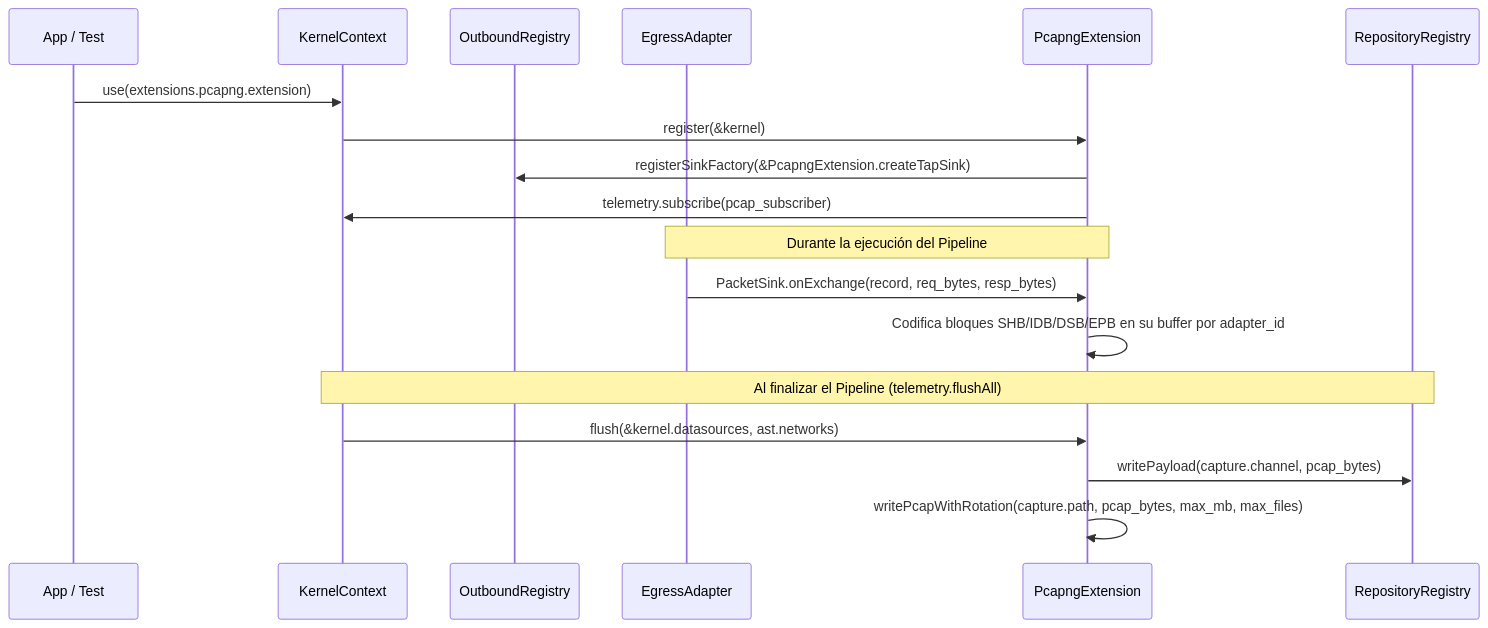
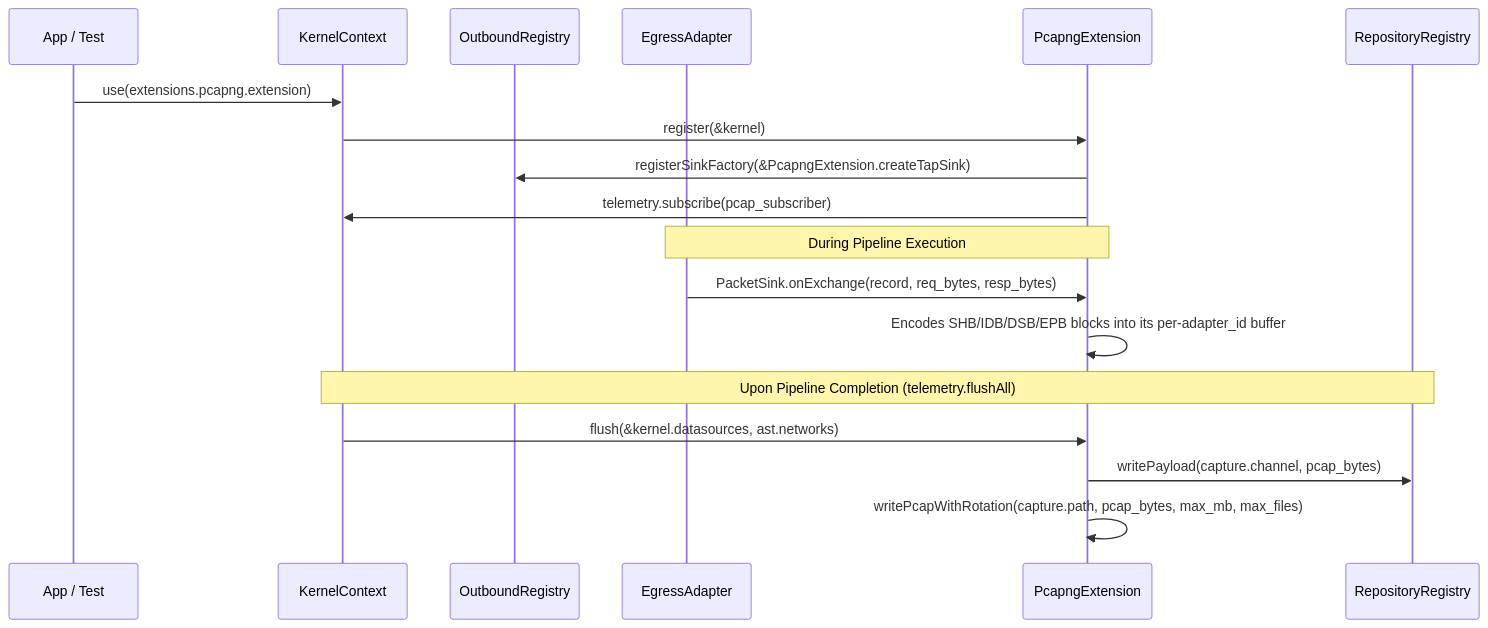
The second of 3 diagrams in docs/development/003-core-debloating-and-pcapng-extraction.md (g-gar/vidsec), drawn with Mermaid before and after one commit. The commit also changed other lines of this file and 6 other files, not shown here.

````diff
--- a/docs/development/003-core-debloating-and-pcapng-extraction.md
+++ b/docs/development/003-core-debloating-and-pcapng-extraction.md
@@ -53,23 +53,23 @@
 ```mermaid
 sequenceDiagram
     participant App as App / Test
     participant Kernel as KernelContext
     participant OutReg as OutboundRegistry
     participant Adapter as EgressAdapter
     participant PcapExt as PcapngExtension
     participant Repo as RepositoryRegistry
 
     App->>Kernel: use(extensions.pcapng.extension)
     Kernel->>PcapExt: register(&kernel)
     PcapExt->>OutReg: registerSinkFactory(&PcapngExtension.createTapSink)
     PcapExt->>Kernel: telemetry.subscribe(pcap_subscriber)
 
-    Note over Adapter,PcapExt: Durante la ejecución del Pipeline
+    Note over Adapter,PcapExt: During Pipeline Execution
     Adapter->>PcapExt: PacketSink.onExchange(record, req_bytes, resp_bytes)
-    PcapExt->>PcapExt: Codifica bloques SHB/IDB/DSB/EPB en su buffer por adapter_id
+    PcapExt->>PcapExt: Encodes SHB/IDB/DSB/EPB blocks into its per-adapter_id buffer
 
-    Note over Kernel,Repo: Al finalizar el Pipeline (telemetry.flushAll)
+    Note over Kernel,Repo: Upon Pipeline Completion (telemetry.flushAll)
     Kernel->>PcapExt: flush(&kernel.datasources, ast.networks)
     PcapExt->>Repo: writePayload(capture.channel, pcap_bytes)
     PcapExt->>PcapExt: writePcapWithRotation(capture.path, pcap_bytes, max_mb, max_files)
 ```
````
